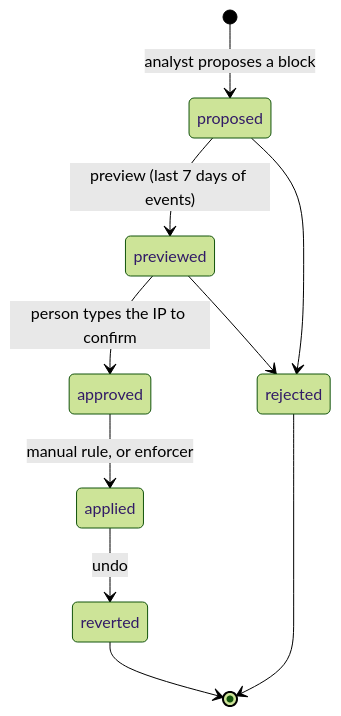
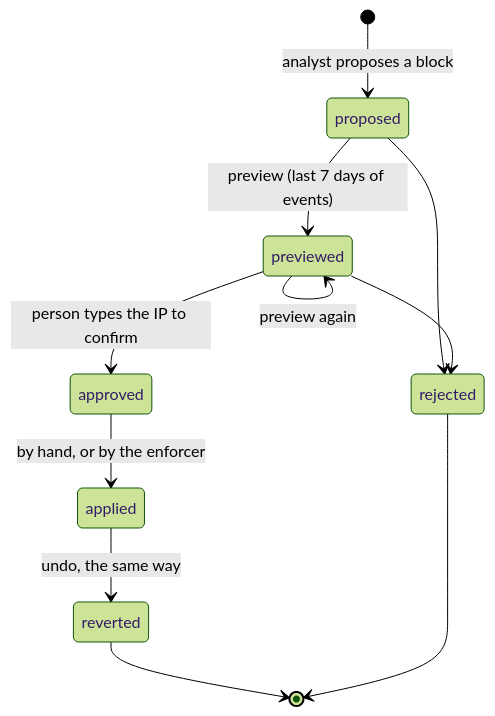
One commit to ahmadalkhoudeir/maxguard changed the fourth of 4 diagrams in docs/ARCHITECTURE.md. Above: the diagram before and after it, drawn with Mermaid (forest theme). The commit also changed other lines of this file and 4 other files, not shown here.

````diff
--- a/docs/ARCHITECTURE.md
+++ b/docs/ARCHITECTURE.md
@@ -893,12 +896,13 @@
 ```mermaid
 stateDiagram-v2
   [*] --> proposed: analyst proposes a block
   proposed --> previewed: preview (last 7 days of events)
+  previewed --> previewed: preview again
   previewed --> approved: person types the IP to confirm
-  approved --> applied: manual rule, or enforcer
-  applied --> reverted: undo
+  approved --> applied: by hand, or by the enforcer
+  applied --> reverted: undo, the same way
   proposed --> rejected
   previewed --> rejected
   reverted --> [*]
   rejected --> [*]
 ```
````
